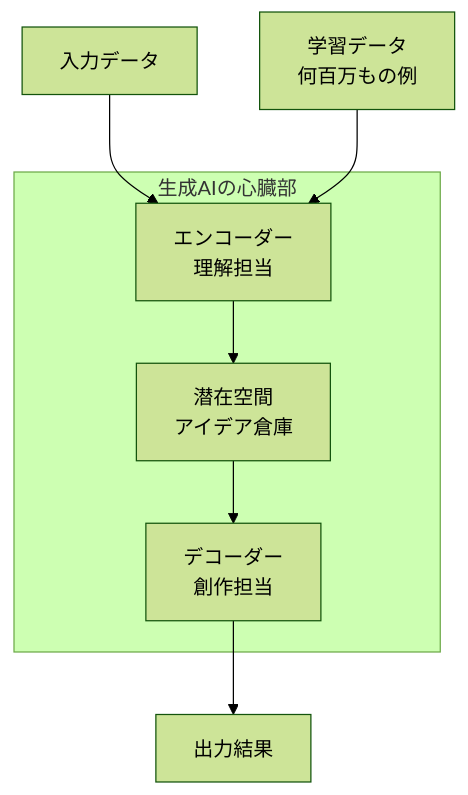
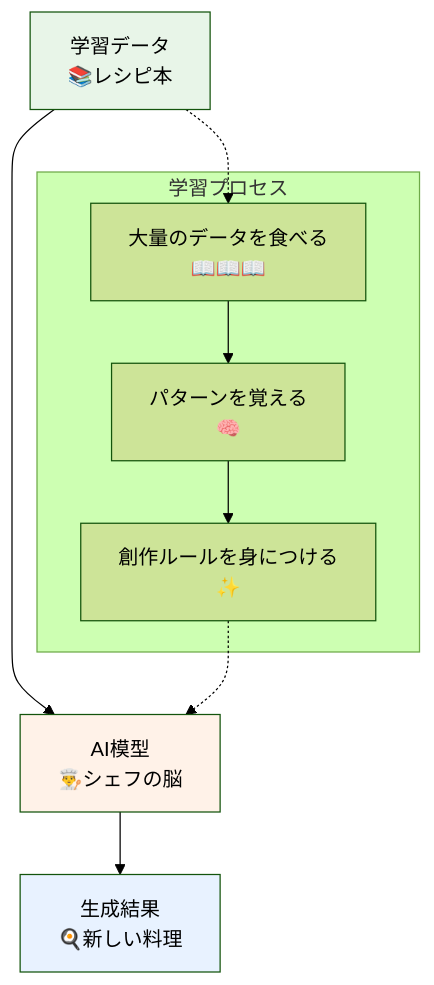
The second of 11 diagrams in GenerativeAI/README.MD (SparklingDetergent/doc_genai_mental_model), drawn with Mermaid (forest theme) before and after one commit. The commit also changed other lines of this file, not shown here.

````diff
--- a/GenerativeAI/README.MD
+++ b/GenerativeAI/README.MD
@@ -52,19 +41,17 @@
 ```mermaid
-flowchart TD
-    A[入力データ] --> B[エンコーダー<br/>理解担当]
-    B --> C[潜在空間<br/>アイデア倉庫]
-    C --> D[デコーダー<br/>創作担当]
-    D --> E[出力結果]
+graph TB
+    A[学習データ<br/>📚レシピ本] --> B[AI模型<br/>👨‍🍳シェフの脳]
+    B --> C[生成結果<br/>🍳新しい料理]
     
-    F[学習データ<br/>何百万もの例] --> B
-    
-    subgraph "生成AIの心臓部"
-        B
-        C
-        D
+    subgraph "学習プロセス"
+        D[大量のデータを食べる<br/>📖📖📖] --> E[パターンを覚える<br/>🧠]
+        E --> F[創作ルールを身につける<br/>✨]
     end
     
-    click B "/docs/encoder-details.md" "エンコーダーの詳細"
-    click C "/docs/latent-space.md" "潜在空間とは"
-    click D "/docs/decoder-details.md" "デコーダーの詳細"
+    A -.-> D
+    F -.-> B
+    
+    style A fill:#e8f5e8
+    style B fill:#fff2e8
+    style C fill:#e8f2ff
 ```
````
